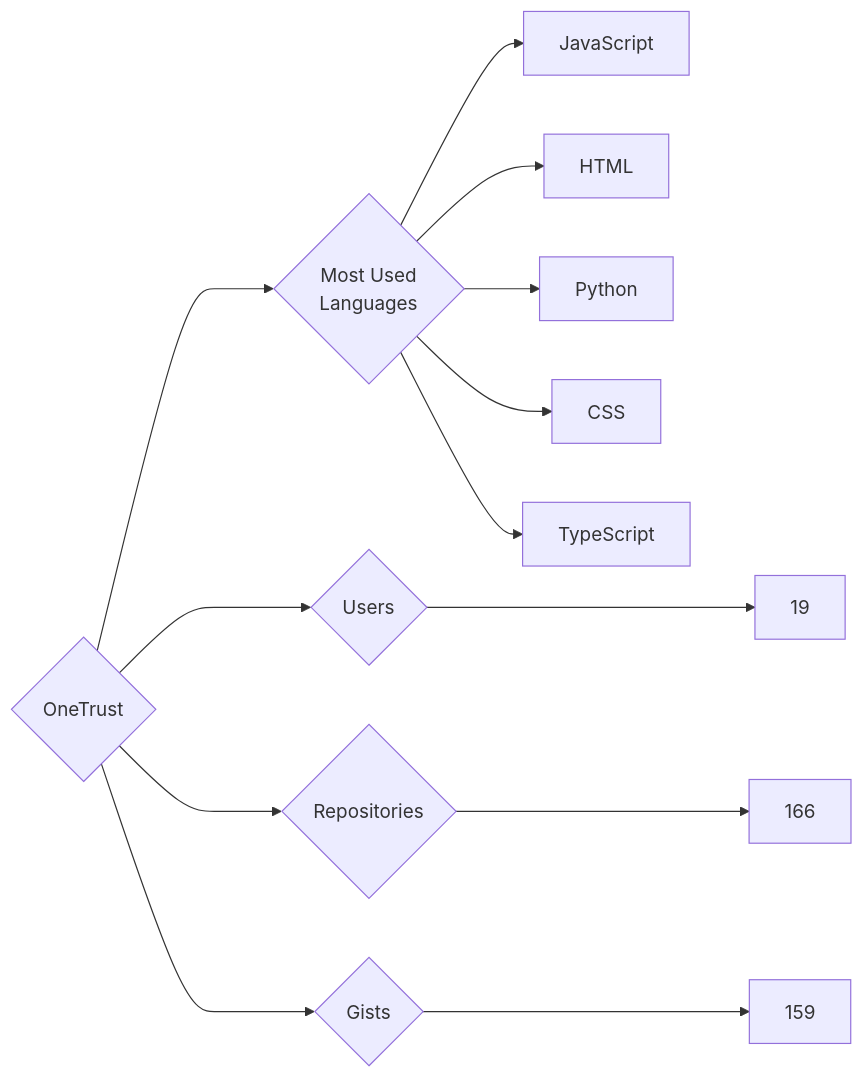
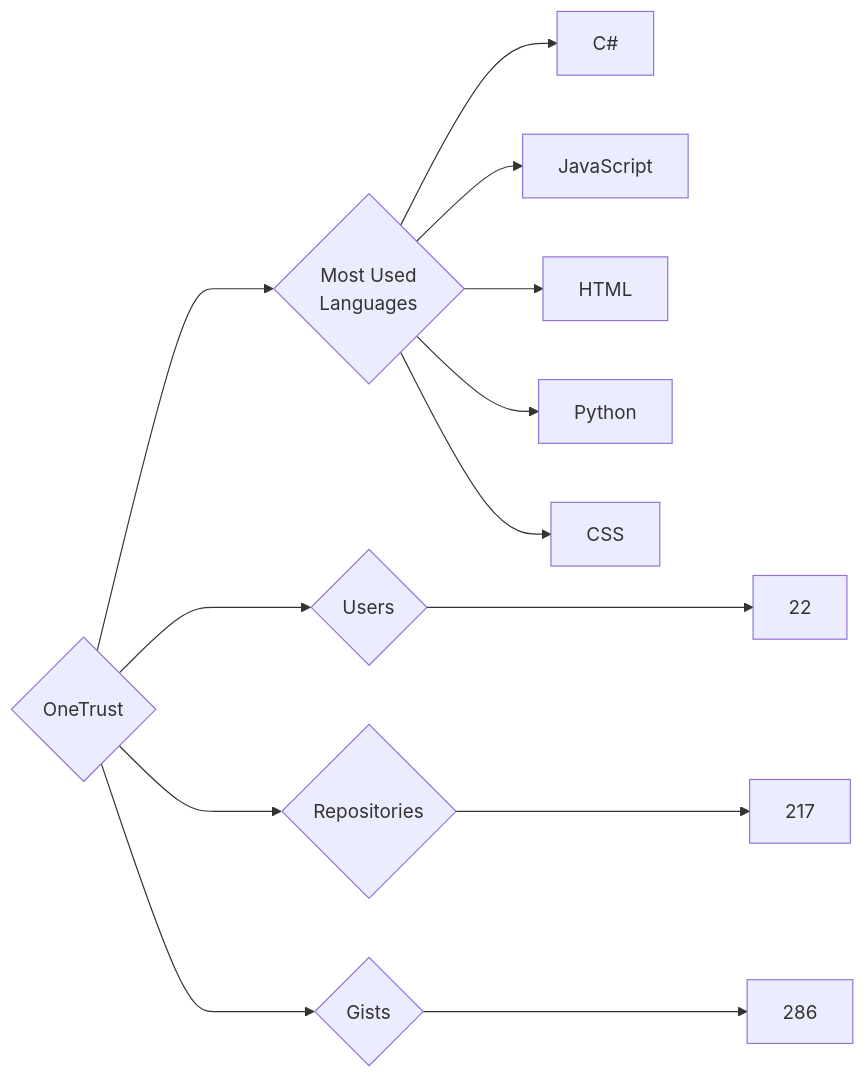
One commit to trickest/insiders changed the diagram in targets/OneTrust/README.md. Above: the diagram before and after it, drawn with Mermaid. The commit also changed 965 other files, not shown here.

````diff
--- a/targets/OneTrust/README.md
+++ b/targets/OneTrust/README.md
@@ -3,13 +3,13 @@
 ```mermaid
 graph LR
 COMPANY_NAME{OneTrust}
-COMPANY_NAME ---> U{Users} ---> UN[19]
-COMPANY_NAME ---> R{Repositories} ---> RN[166]
-COMPANY_NAME ---> G{Gists} ---> GN[159]
+COMPANY_NAME ---> U{Users} ---> UN[22]
+COMPANY_NAME ---> R{Repositories} ---> RN[217]
+COMPANY_NAME ---> G{Gists} ---> GN[286]
 COMPANY_NAME ---> ML{Most Used<br>Languages}
+ML --> C#[C#]
 ML --> JavaScript[JavaScript]
 ML --> HTML[HTML]
 ML --> Python[Python]
 ML --> CSS[CSS]
-ML --> TypeScript[TypeScript]
 ```
````
